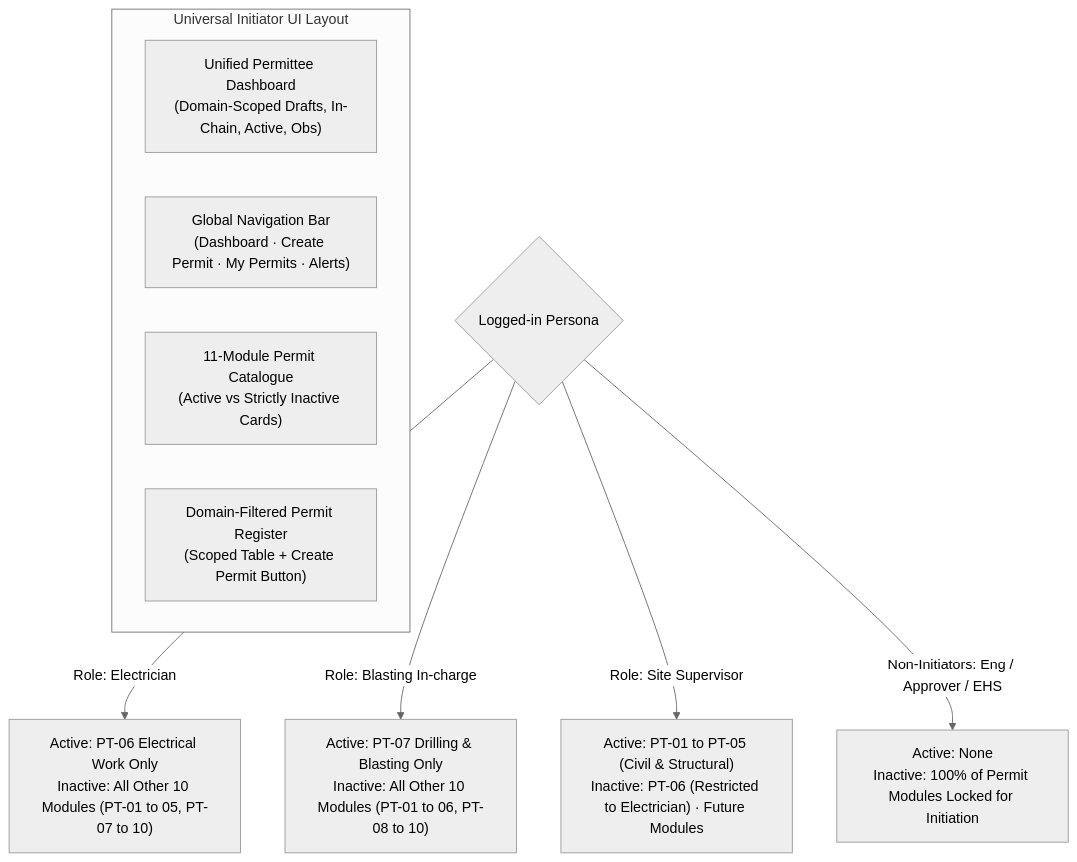
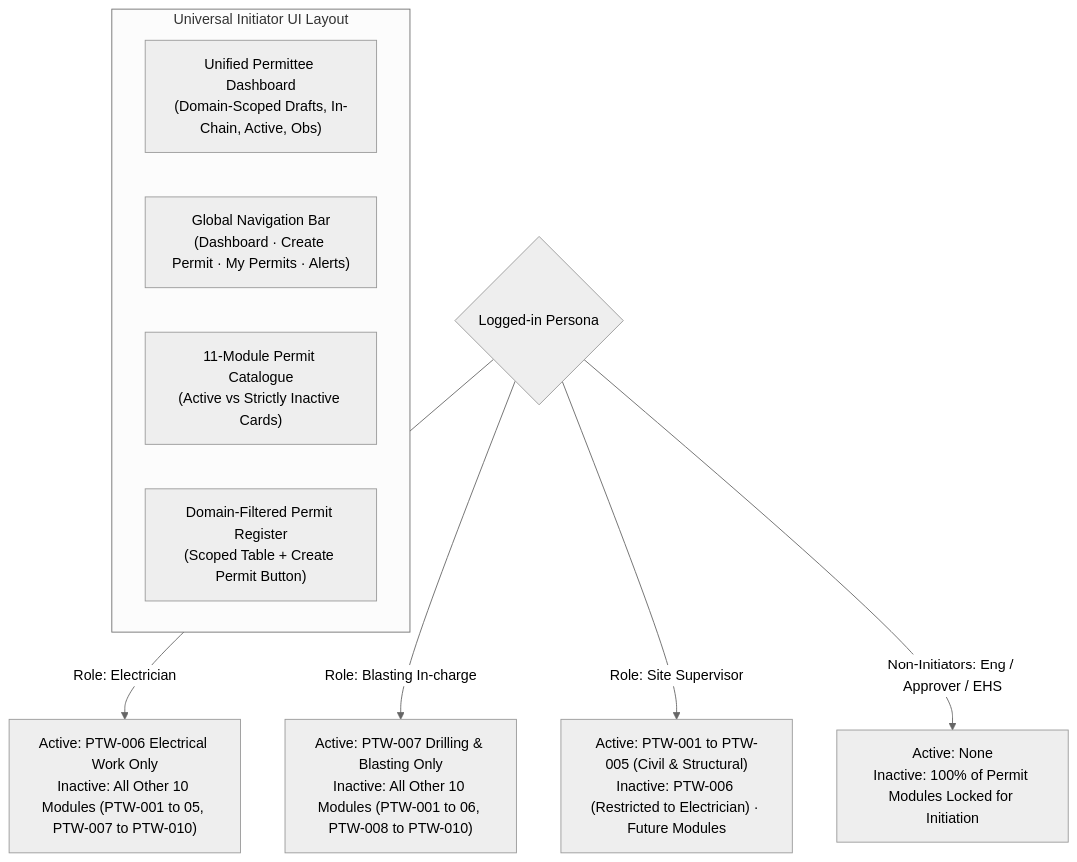
Diagram 12 of 31 in README.md (AuroGroupAutomationBot/ARPL-EHS-Demo), drawn with Mermaid (neutral theme) before and after one commit. The commit also changed other lines of this file and 17 other files, not shown here.

````diff
--- a/README.md
+++ b/README.md
@@ -772,14 +773,14 @@
 ```mermaid
 graph TD
     subgraph Universal Initiator UI Layout
         DASH["Unified Permittee Dashboard<br/>(Domain-Scoped Drafts, In-Chain, Active, Obs)"]
         NAV["Global Navigation Bar<br/>(Dashboard · Create Permit · My Permits · Alerts)"]
         CAT["11-Module Permit Catalogue<br/>(Active vs Strictly Inactive Cards)"]
         REG["Domain-Filtered Permit Register<br/>(Scoped Table + Create Permit Button)"]
     end
 
-    INIT{"Logged-in Persona"} -->|Role: Electrician| E_FLOW["Active: PT-06 Electrical Work Only<br/>Inactive: All Other 10 Modules (PT-01 to 05, PT-07 to 10)"]
-    INIT -->|Role: Blasting In-charge| B_FLOW["Active: PT-07 Drilling & Blasting Only<br/>Inactive: All Other 10 Modules (PT-01 to 06, PT-08 to 10)"]
-    INIT -->|Role: Site Supervisor| S_FLOW["Active: PT-01 to PT-05 (Civil & Structural)<br/>Inactive: PT-06 (Restricted to Electrician) · Future Modules"]
+    INIT{"Logged-in Persona"} -->|Role: Electrician| E_FLOW["Active: PTW-006 Electrical Work Only<br/>Inactive: All Other 10 Modules (PTW-001 to 05, PTW-007 to PTW-010)"]
+    INIT -->|Role: Blasting In-charge| B_FLOW["Active: PTW-007 Drilling & Blasting Only<br/>Inactive: All Other 10 Modules (PTW-001 to 06, PTW-008 to PTW-010)"]
+    INIT -->|Role: Site Supervisor| S_FLOW["Active: PTW-001 to PTW-005 (Civil & Structural)<br/>Inactive: PTW-006 (Restricted to Electrician) · Future Modules"]
     INIT -->|Non-Initiators: Eng / Approver / EHS| N_FLOW["Active: None<br/>Inactive: 100% of Permit Modules Locked for Initiation"]
 ```
````
